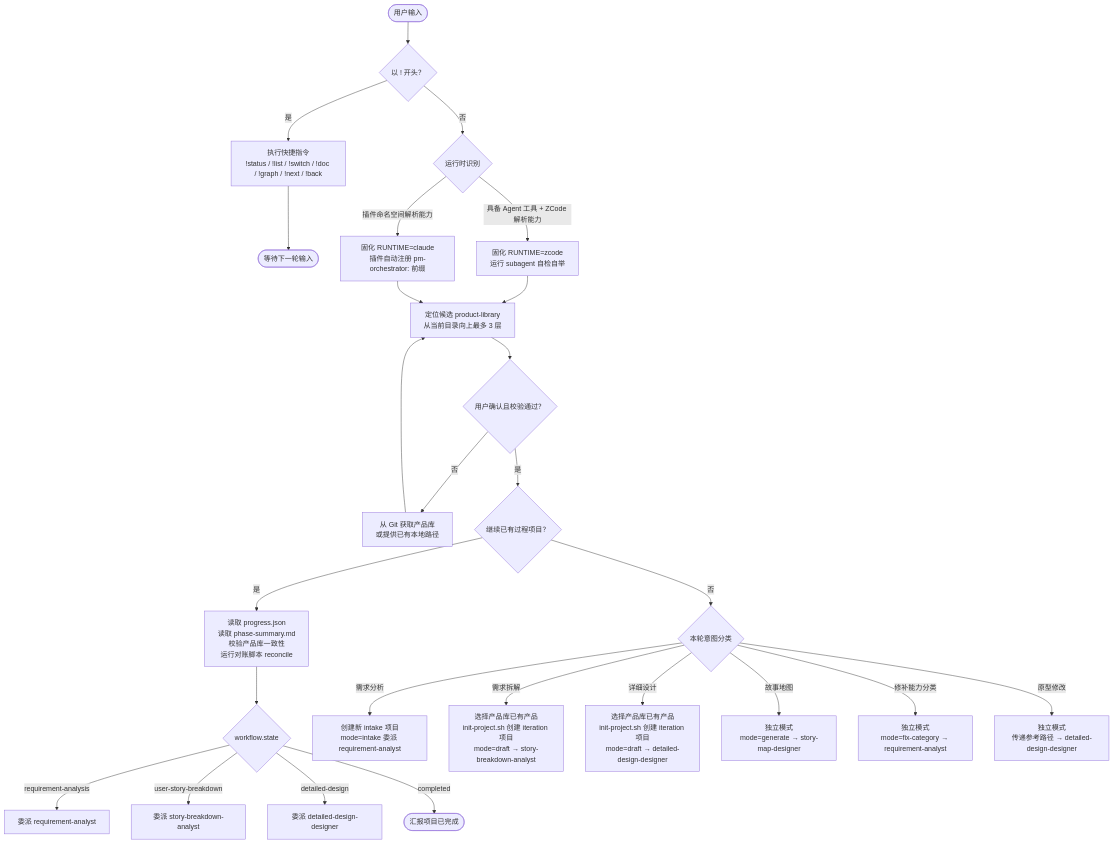
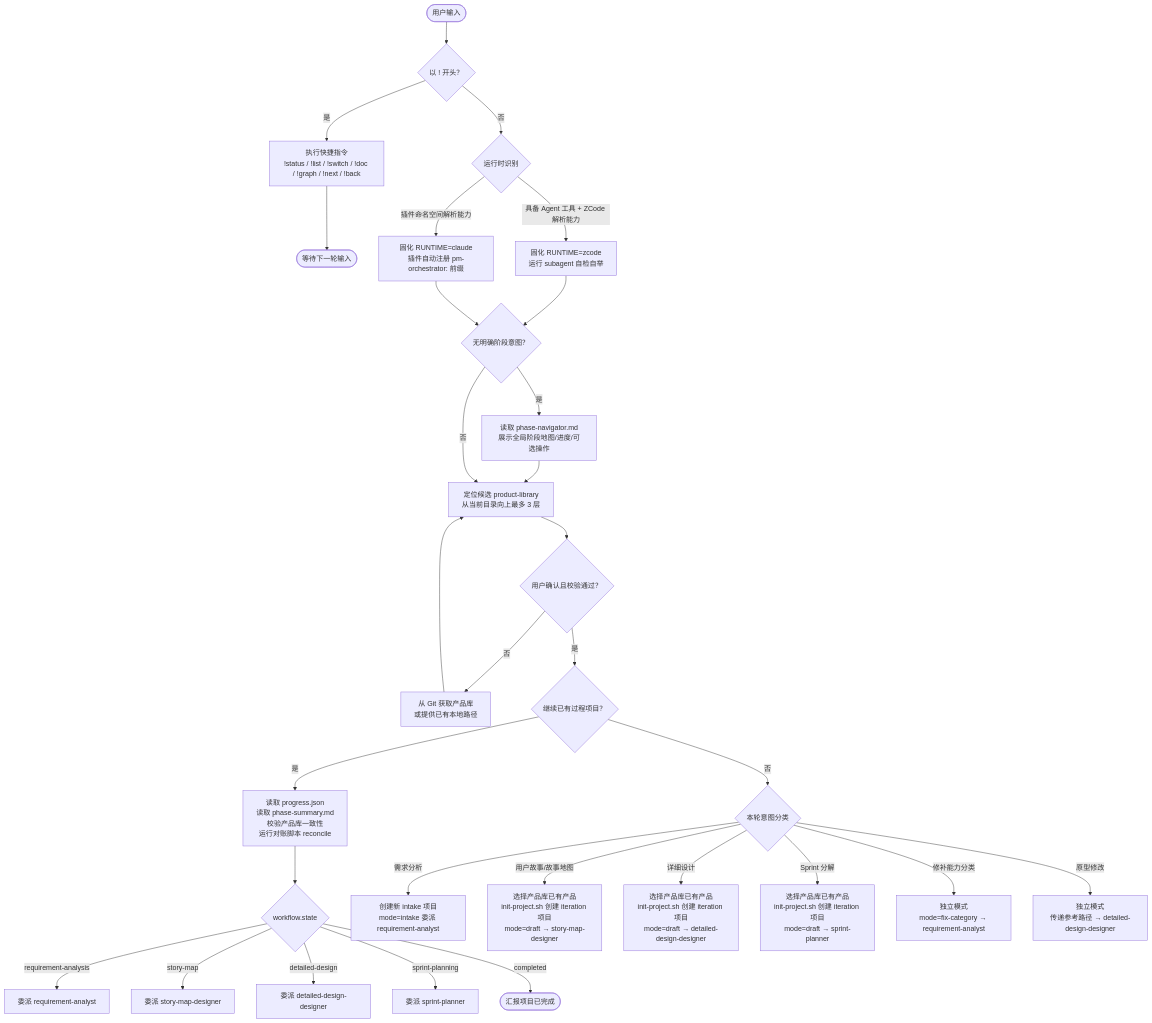
One commit to Tiger0521/pm-orchestrator changed the first of 8 diagrams in README.md. Above: the diagram before and after it, drawn with Mermaid. The commit also changed other lines of this file and 85 other files, not shown here.

Commit message:
release: V4.0.3 移除用户故事地图总览产物；story-map合并需求拆解、新增sprint-planner与phase-navigator；修复原型框选拖拽锁定与迭代规划表格wikilink转义

````diff
--- a/README.md
+++ b/README.md
@@ -344,37 +344,43 @@
 ```mermaid
 flowchart TD
     Start([用户输入]) --> Shortcut{以 ! 开头？}
     Shortcut -- 是 --> Cmd[执行快捷指令<br/>!status / !list / !switch / !doc / !graph / !next / !back]
     Cmd --> Wait([等待下一轮输入])
 
     Shortcut -- 否 --> RuntimeDetect{运行时识别}
     RuntimeDetect -->|具备 Agent 工具 + ZCode 解析能力| ZCode[固化 RUNTIME=zcode<br/>运行 subagent 自检自举]
     RuntimeDetect -->|插件命名空间解析能力| Claude[固化 RUNTIME=claude<br/>插件自动注册 pm-orchestrator: 前缀]
 
-    ZCode --> Library
-    Claude --> Library
+    ZCode --> Nav{无明确阶段意图？}
+    Claude --> Nav
+
+    Nav -- 是 --> Navigate[读取 phase-navigator.md<br/>展示全局阶段地图/进度/可选操作]
+    Navigate --> Library
+
+    Nav -- 否 --> Library
 
     Library[定位候选 product-library<br/>从当前目录向上最多 3 层] --> LibraryOK{用户确认且校验通过？}
 
     LibraryOK -- 否 --> Acquire[从 Git 获取产品库<br/>或提供已有本地路径]
     Acquire --> Library
 
     LibraryOK -- 是 --> Project{继续已有过程项目？}
 
     Project -- 是 --> Restore[读取 progress.json<br/>读取 phase-summary.md<br/>校验产品库一致性<br/>运行对账脚本 reconcile]
     Restore --> State{workflow.state}
 
     State -- requirement-analysis --> RA[委派 requirement-analyst]
-    State -- user-story-breakdown --> SB[委派 story-breakdown-analyst]
+    State -- story-map --> SM[委派 story-map-designer]
     State -- detailed-design --> DD[委派 detailed-design-designer]
+    State -- sprint-planning --> SP[委派 sprint-planner]
     State -- completed --> Report([汇报项目已完成])
 
     Project -- 否 --> Intent{本轮意图分类}
 
     Intent -- 需求分析 --> Intake[创建新 intake 项目<br/>mode=intake 委派 requirement-analyst]
-    Intent -- 需求拆解 --> NewSB[选择产品库已有产品<br/>init-project.sh 创建 iteration 项目<br/>mode=draft → story-breakdown-analyst]
+    Intent -- 用户故事/故事地图 --> NewSM[选择产品库已有产品<br/>init-project.sh 创建 iteration 项目<br/>mode=draft → story-map-designer]
     Intent -- 详细设计 --> NewDD[选择产品库已有产品<br/>init-project.sh 创建 iteration 项目<br/>mode=draft → detailed-design-designer]
-    Intent -- 故事地图 --> SM[独立模式<br/>mode=generate → story-map-designer]
+    Intent -- Sprint 分解 --> NewSP[选择产品库已有产品<br/>init-project.sh 创建 iteration 项目<br/>mode=draft → sprint-planner]
     Intent -- 修补能力分类 --> FC[独立模式<br/>mode=fix-category → requirement-analyst]
     Intent -- 原型修改 --> PM[独立模式<br/>传递参考路径 → detailed-design-designer]
 ```
````
